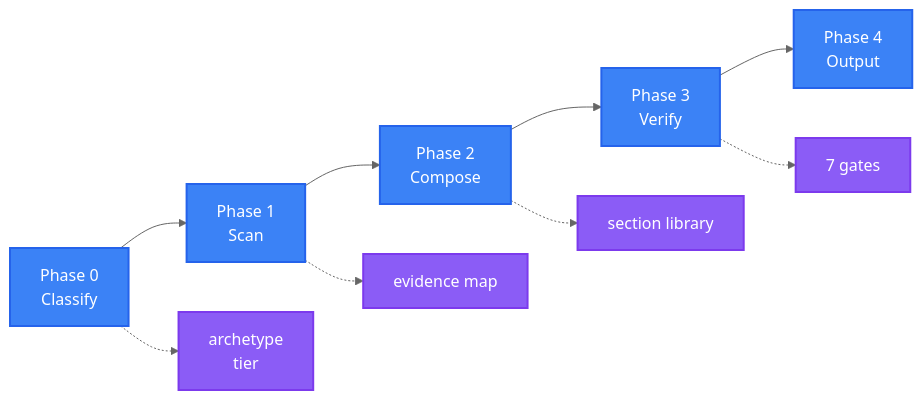
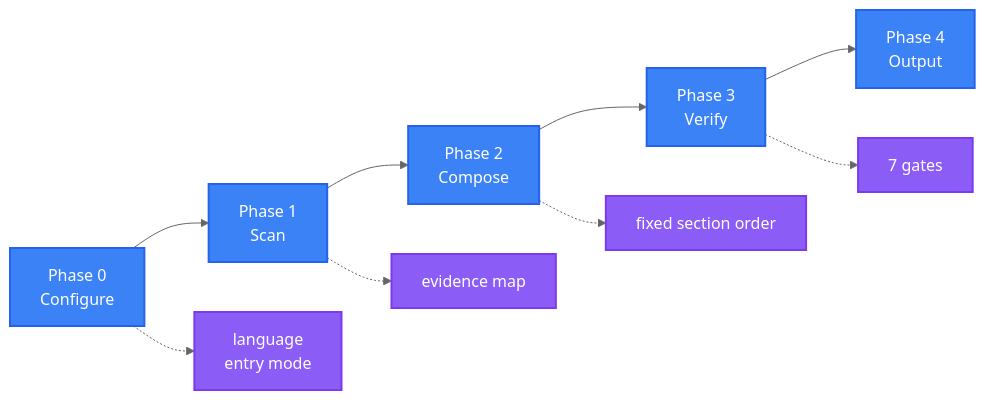
One commit to LINJIANG12/general-readme-skill changed the diagram in README.en.md. Above: the diagram before and after it, drawn with Mermaid (neutral theme). The commit also changed other lines of this file and 24 other files, not shown here.

````diff
--- a/README.en.md
+++ b/README.en.md
@@ -116,18 +184,18 @@
 ```mermaid
 flowchart LR
-    A[Phase 0<br/>Classify] --> B[Phase 1<br/>Scan]
+    A[Phase 0<br/>Configure] --> B[Phase 1<br/>Scan]
     B --> C[Phase 2<br/>Compose]
     C --> D[Phase 3<br/>Verify]
     D --> E[Phase 4<br/>Output]
 
-    A -.-> A1[archetype<br/>tier]
+    A -.-> A1[language<br/>entry mode]
     B -.-> B1[evidence map]
-    C -.-> C1[section library]
+    C -.-> C1[fixed section order]
     D -.-> D1[7 gates]
 
     classDef phase fill:#3B82F6,stroke:#2563EB,color:#fff,stroke-width:2px
     classDef artifact fill:#8B5CF6,stroke:#7C3AED,color:#fff,stroke-width:2px
 
     class A,B,C,D,E phase
     class A1,B1,C1,D1 artifact
 ```
````
